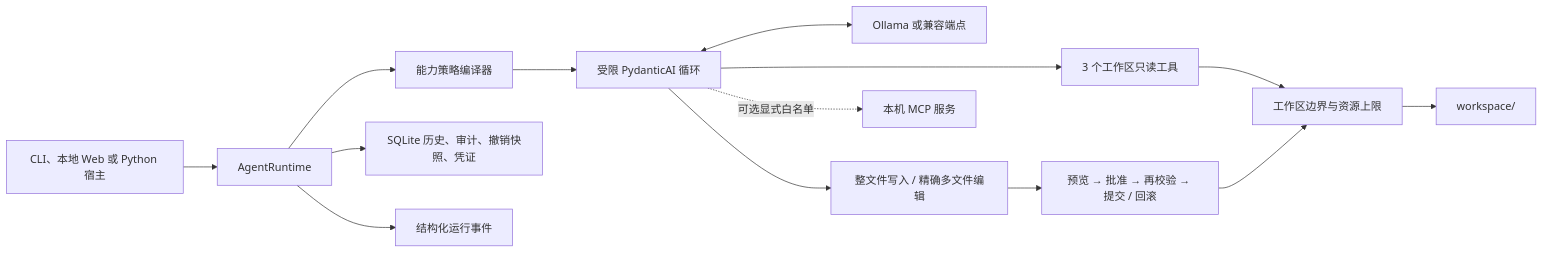
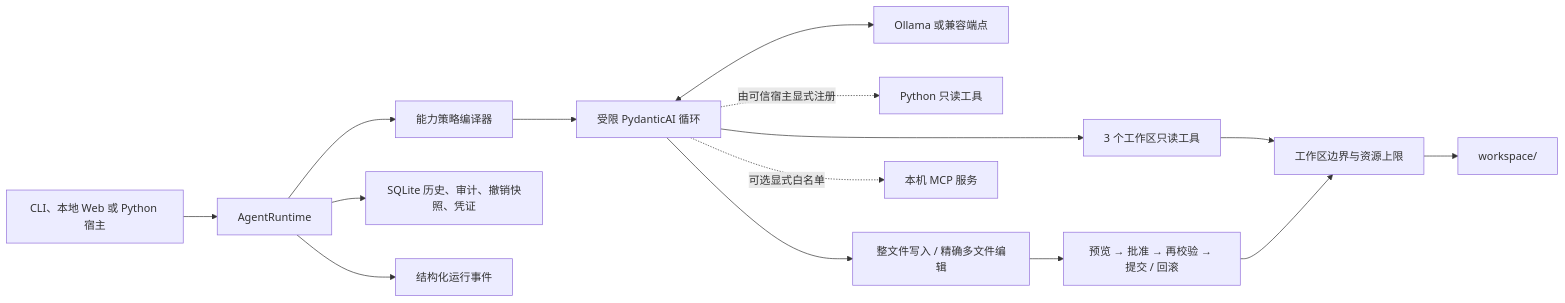
One commit to MuzeAnisichael/minimal-local-agent changed the diagram in README.zh-CN.md. Above: the diagram before and after it, drawn with Mermaid. The commit also changed other lines of this file and 10 other files, not shown here.

````diff
--- a/README.zh-CN.md
+++ b/README.zh-CN.md
@@ -127,16 +128,17 @@
 ```mermaid
 flowchart LR
     User["CLI、本地 Web 或 Python 宿主"] --> Runtime["AgentRuntime"]
     Runtime --> Policy["能力策略编译器"]
     Policy --> Loop["受限 PydanticAI 循环"]
     Loop <--> Model["Ollama 或兼容端点"]
     Loop --> Read["3 个工作区只读工具"]
+    Loop -. "由可信宿主显式注册" .-> PythonTools["Python 只读工具"]
     Loop --> Mutate["整文件写入 / 精确多文件编辑"]
     Mutate --> Tx["预览 → 批准 → 再校验 → 提交 / 回滚"]
     Read --> Guard["工作区边界与资源上限"]
     Tx --> Guard
     Guard --> Files["workspace/"]
     Loop -. "可选显式白名单" .-> MCP["本机 MCP 服务"]
     Runtime --> Store["SQLite 历史、审计、撤销快照、凭证"]
     Runtime --> Events["结构化运行事件"]
 ```
````
